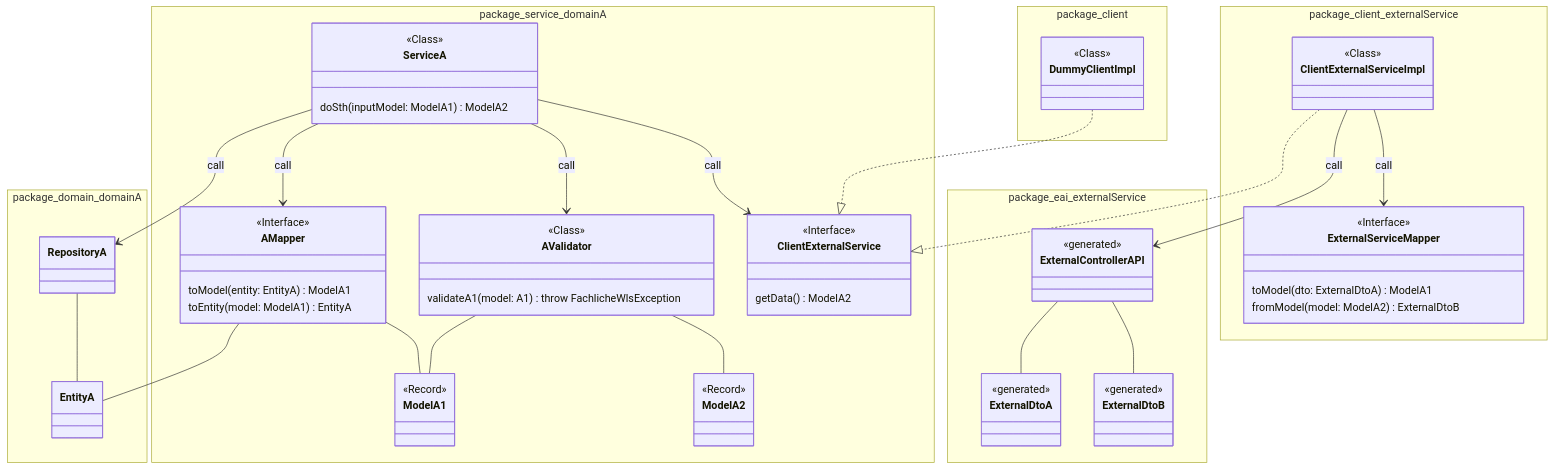
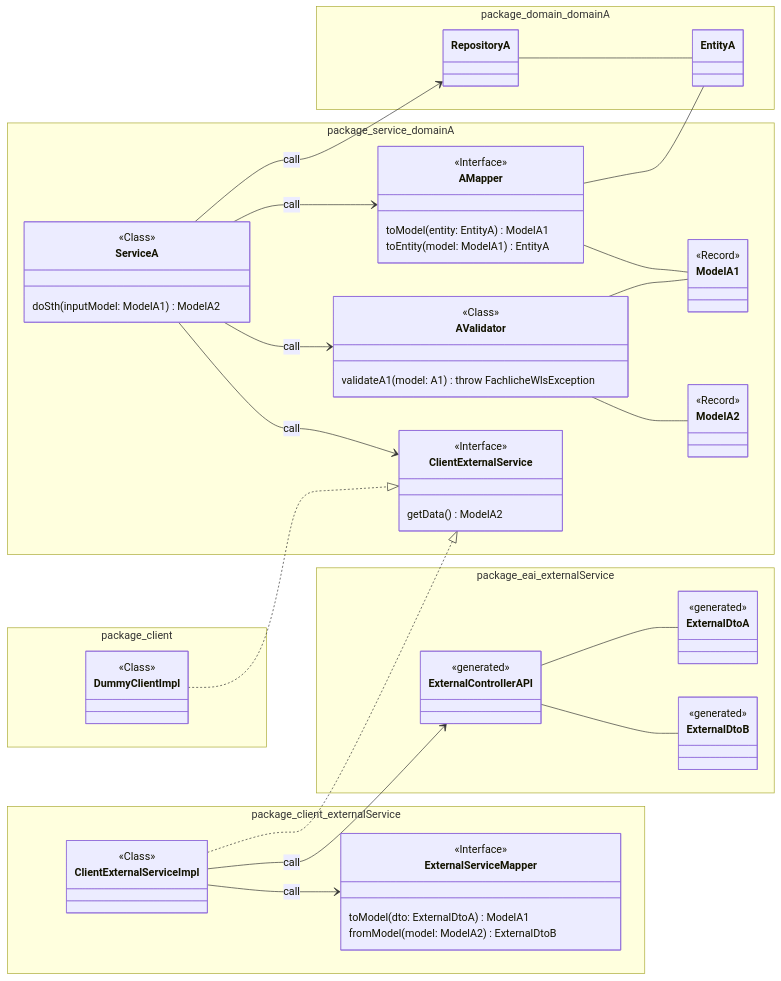
The third of 4 diagrams in docs/src/technik/systemspecification/backend.md (it-at-m/Wahllokalsystem), drawn with Mermaid before and after one commit.

Commit message:
define direction LR

````diff
--- a/docs/src/technik/systemspecification/backend.md
+++ b/docs/src/technik/systemspecification/backend.md
@@ -166,6 +166,7 @@
 ```mermaid
 
 classDiagram
+    direction LR
 
     namespace package_domain_domainA {
         class EntityA {
````
